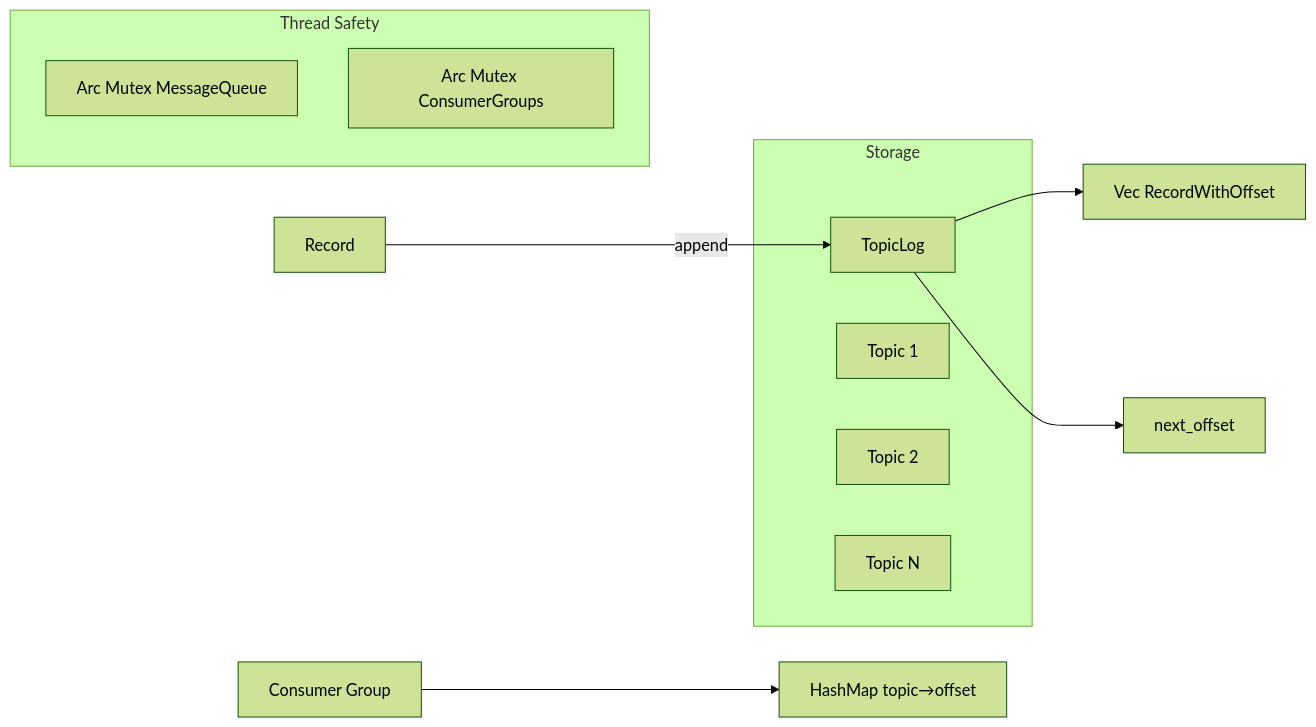
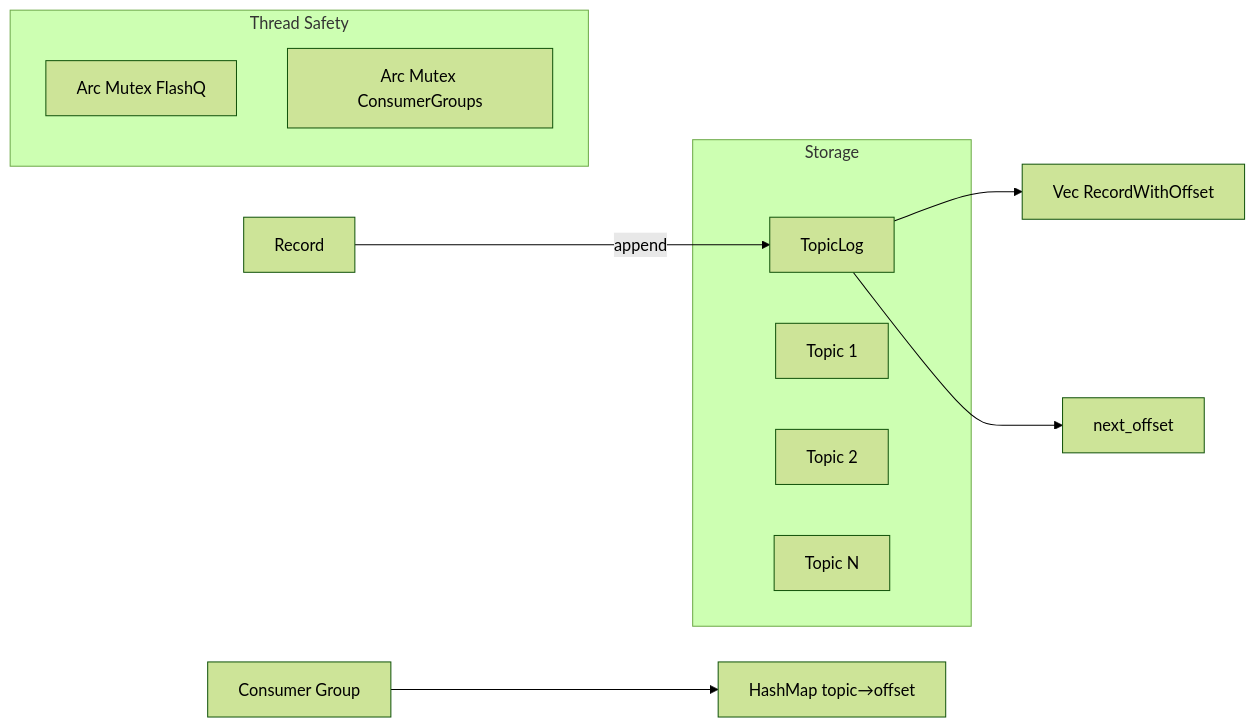
The third of 3 diagrams in docs/architecture.md (harshitmahapatra/flashq), drawn with Mermaid (forest theme) before and after one commit. The commit also changed other lines of this file and 15 other files, not shown here.

First line of the commit message:
Rename core struct from MessageQueue to FlashQ (#26)

````diff
--- a/docs/architecture.md
+++ b/docs/architecture.md
@@ -71,20 +71,20 @@
 ```mermaid
 graph LR
     A[Record] -->|append| B[TopicLog]
     B --> C[Vec RecordWithOffset]
     B --> D[next_offset]
     
     E[Consumer Group] --> F[HashMap topic→offset]
     
     subgraph "Thread Safety"
-        G[Arc Mutex MessageQueue] 
+        G[Arc Mutex FlashQ] 
         H[Arc Mutex ConsumerGroups]
     end
     
     subgraph "Storage"
         B
         I[Topic 1]
         J[Topic 2]
         K[Topic N]
     end
 ```
````
